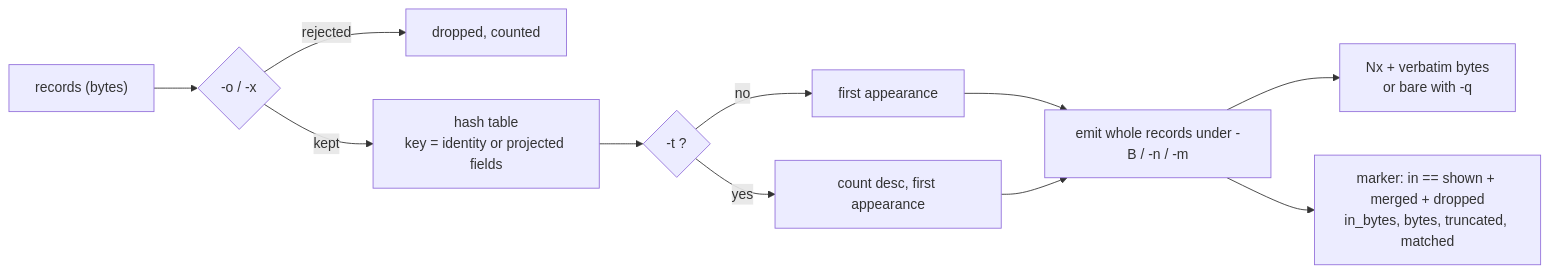
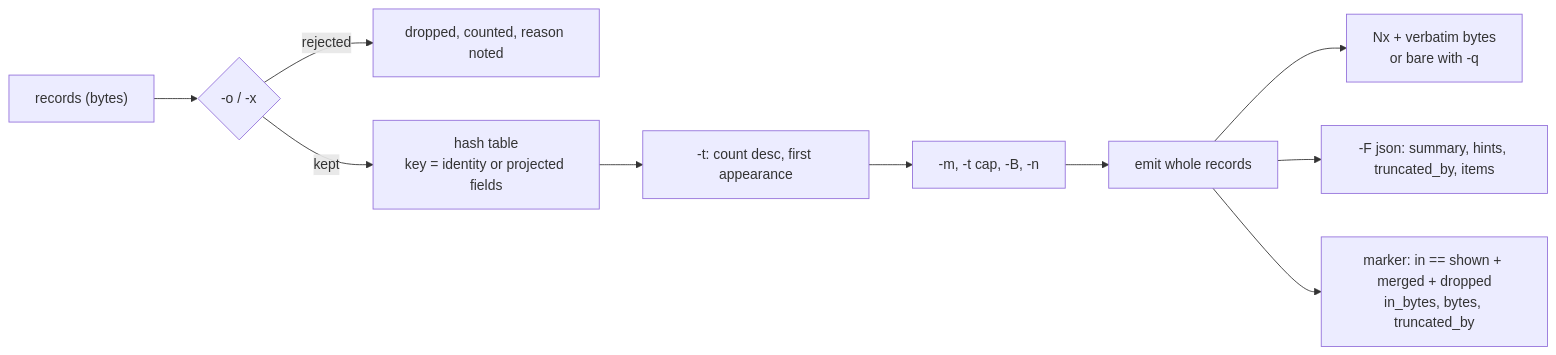
Before and after one commit to rob-c/busybox-static: the diagram in docs/instructions/brief-a-generic-record-reducing-filter-that-never-edits-a-line.md, drawn with Mermaid. The commit also changed other lines of this file and 5 other files, not shown here.

````diff
--- a/docs/instructions/brief-a-generic-record-reducing-filter-that-never-edits-a-line.md
+++ b/docs/instructions/brief-a-generic-record-reducing-filter-that-never-edits-a-line.md
@@ -57,13 +85,12 @@
 ```mermaid
 flowchart LR
   in["records (bytes)"] --> sel{"-o / -x"}
-  sel -->|rejected| drop["dropped, counted"]
+  sel -->|rejected| drop["dropped, counted, reason noted"]
   sel -->|kept| tbl["hash table<br/>key = identity or projected fields"]
-  tbl --> ord{"-t ?"}
-  ord -->|no| first["first appearance"]
-  ord -->|yes| freq["count desc, first appearance"]
-  first --> emit["emit whole records under -B / -n / -m"]
-  freq --> emit
-  emit --> body["Nx + verbatim bytes<br/>or bare with -q"]
-  emit --> mark["marker: in == shown + merged + dropped<br/>in_bytes, bytes, truncated, matched"]
+  tbl --> ord["-t: count desc, first appearance"]
+  ord --> cap["-m, -t cap, -B, -n"]
+  cap --> emit["emit whole records"]
+  emit --> text["Nx + verbatim bytes<br/>or bare with -q"]
+  emit --> json["-F json: summary, hints, truncated_by, items"]
+  emit --> mark["marker: in == shown + merged + dropped<br/>in_bytes, bytes, truncated_by"]
 ```
````
